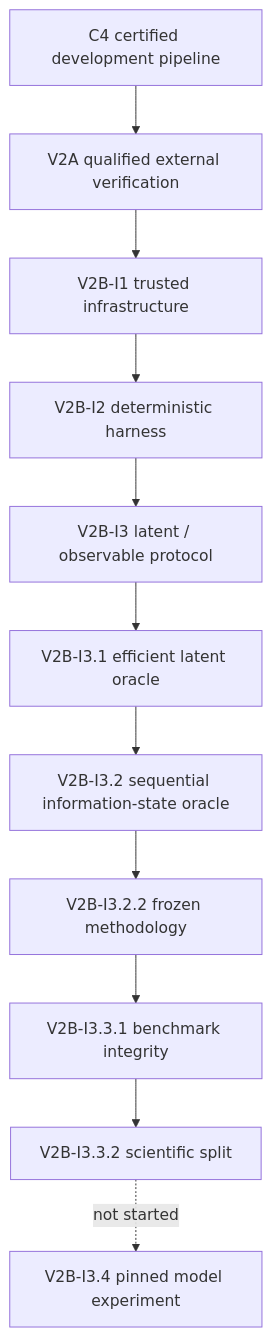
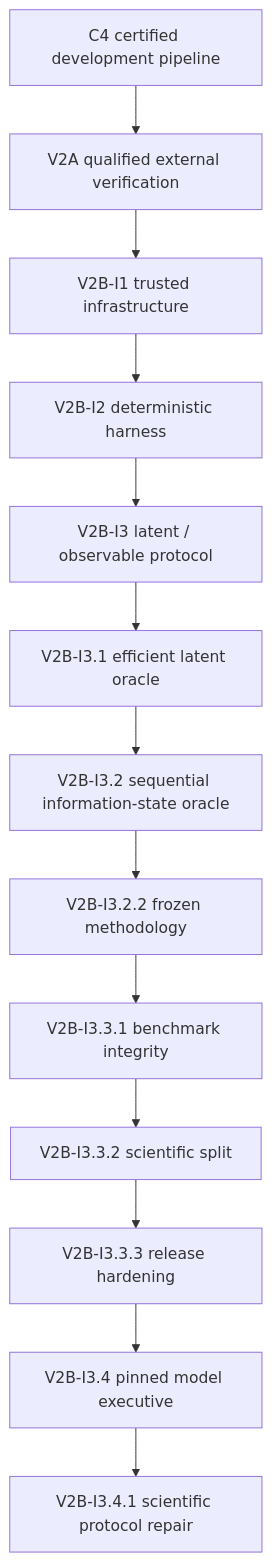
The third of 3 diagrams in README.md (dawsonblock/Daph-ex-research-gate-c2-beir-retrieval), drawn with Mermaid before and after one commit. The commit also changed other lines of this file and 1 other file, not shown here.

````diff
--- a/README.md
+++ b/README.md
@@ -329,13 +334,15 @@
 ```mermaid
 flowchart TD
     C4[C4 certified development pipeline] --> V2A[V2A qualified external verification]
     V2A --> I1[V2B-I1 trusted infrastructure]
     I1 --> I2[V2B-I2 deterministic harness]
     I2 --> I3[V2B-I3 latent / observable protocol]
     I3 --> I31[V2B-I3.1 efficient latent oracle]
     I31 --> I32[V2B-I3.2 sequential information-state oracle]
     I32 --> I322[V2B-I3.2.2 frozen methodology]
     I322 --> I331[V2B-I3.3.1 benchmark integrity]
     I331 --> I332[V2B-I3.3.2 scientific split]
-    I332 -. not started .-> I34[V2B-I3.4 pinned model experiment]
+    I332 --> I333[V2B-I3.3.3 release hardening]
+    I333 --> I34[V2B-I3.4 pinned model executive]
+    I34 --> I341[V2B-I3.4.1 scientific protocol repair]
 ```
````
